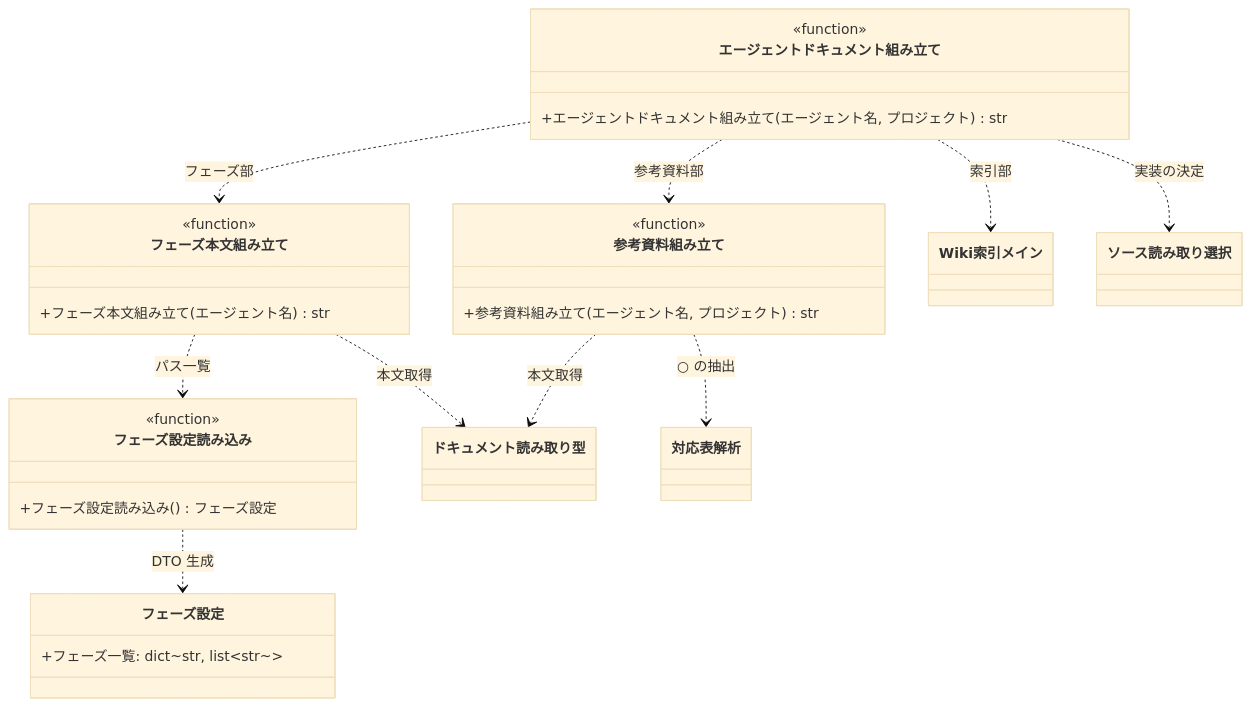
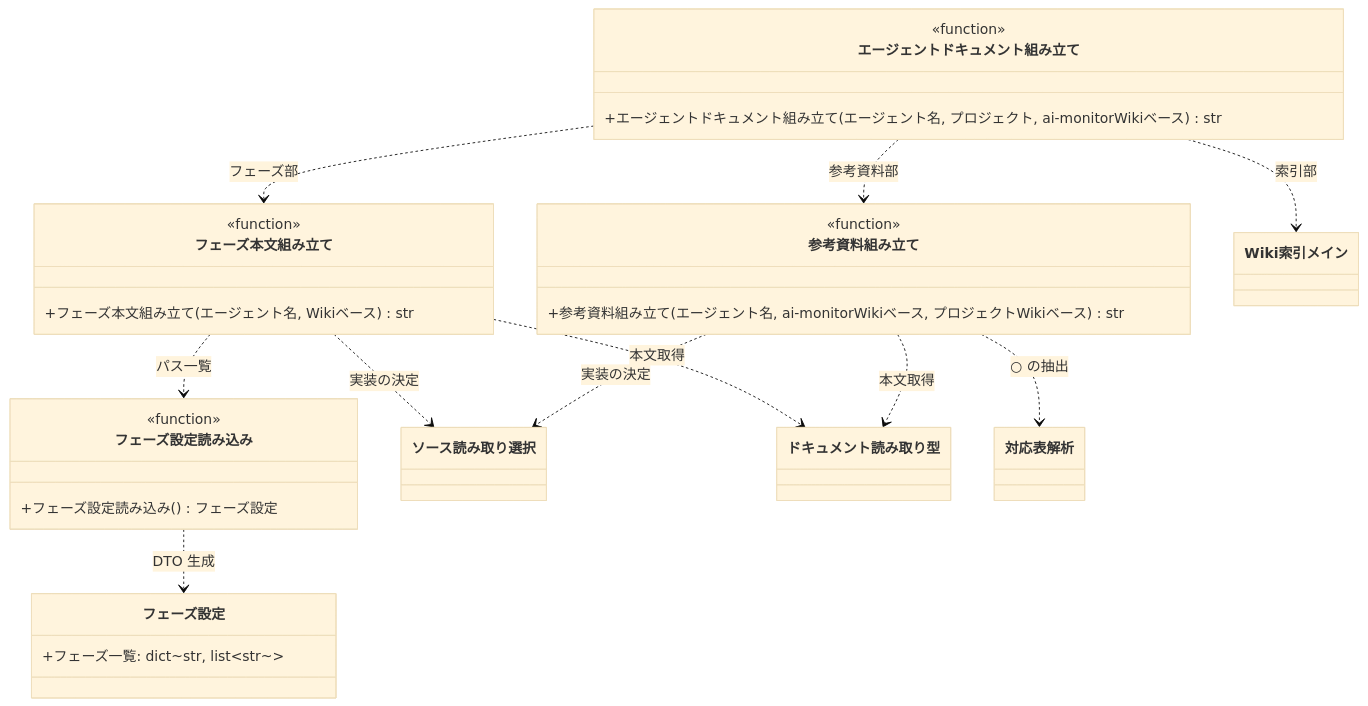
Before and after one commit to shuhei1101/ai-monitor: the diagram in docs/wiki/設計図/モジュール構成/モニター/エージェントドキュメント.py.md, drawn with Mermaid (base theme). The commit also changed other lines of this file and 7 other files, not shown here.

````diff
--- a/docs/wiki/設計図/モジュール構成/モニター/エージェントドキュメント.py.md
+++ b/docs/wiki/設計図/モジュール構成/モニター/エージェントドキュメント.py.md
@@ -39,42 +44,43 @@
 ```mermaid
 classDiagram
   エージェントドキュメント組み立て ..> フェーズ本文組み立て : フェーズ部
   エージェントドキュメント組み立て ..> 参考資料組み立て : 参考資料部
   エージェントドキュメント組み立て ..> Wiki索引メイン : 索引部
   フェーズ本文組み立て ..> フェーズ設定読み込み : パス一覧
+  フェーズ本文組み立て ..> ソース読み取り選択 : 実装の決定
   フェーズ本文組み立て ..> ドキュメント読み取り型 : 本文取得
   参考資料組み立て ..> 対応表解析 : ○ の抽出
+  参考資料組み立て ..> ソース読み取り選択 : 実装の決定
   参考資料組み立て ..> ドキュメント読み取り型 : 本文取得
-  エージェントドキュメント組み立て ..> ソース読み取り選択 : 実装の決定
   フェーズ設定読み込み ..> フェーズ設定 : DTO 生成
 
   class エージェントドキュメント組み立て {
     <<function>>
-    +エージェントドキュメント組み立て(エージェント名, プロジェクト) str
+    +エージェントドキュメント組み立て(エージェント名, プロジェクト, ai-monitorWikiベース) str
   }
   class フェーズ本文組み立て {
     <<function>>
-    +フェーズ本文組み立て(エージェント名) str
+    +フェーズ本文組み立て(エージェント名, Wikiベース) str
   }
   class 参考資料組み立て {
     <<function>>
-    +参考資料組み立て(エージェント名, プロジェクト) str
+    +参考資料組み立て(エージェント名, ai-monitorWikiベース, プロジェクトWikiベース) str
   }
   class フェーズ設定読み込み {
     <<function>>
     +フェーズ設定読み込み() フェーズ設定
   }
   class フェーズ設定 {
     +フェーズ一覧: dict~str, list~str~~
   }
 
   click エージェントドキュメント組み立て href "#エージェントドキュメント組み立て"
   click フェーズ本文組み立て href "#フェーズ本文組み立て"
   click 参考資料組み立て href "#参考資料組み立て"
   click フェーズ設定読み込み href "#フェーズ設定読み込み"
   click フェーズ設定 href "#フェーズ設定"
   click ドキュメント読み取り型 href "../注入/URLドキュメント.py.md#ドキュメント読み取り型"
   click ソース読み取り選択 href "../注入/URLドキュメント.py.md#ソース読み取り選択"
   click 対応表解析 href "../注入/エージェントドキュメント.py.md#対応表解析"
   click Wiki索引メイン href "../注入/Wiki索引.py.md#wiki-再帰探索"
 ```
````
